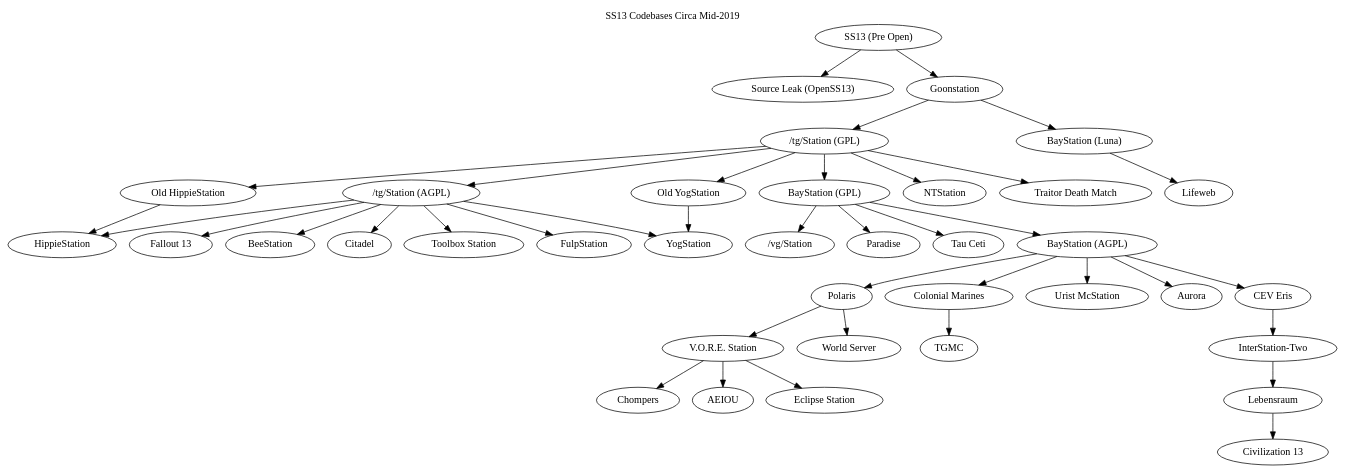
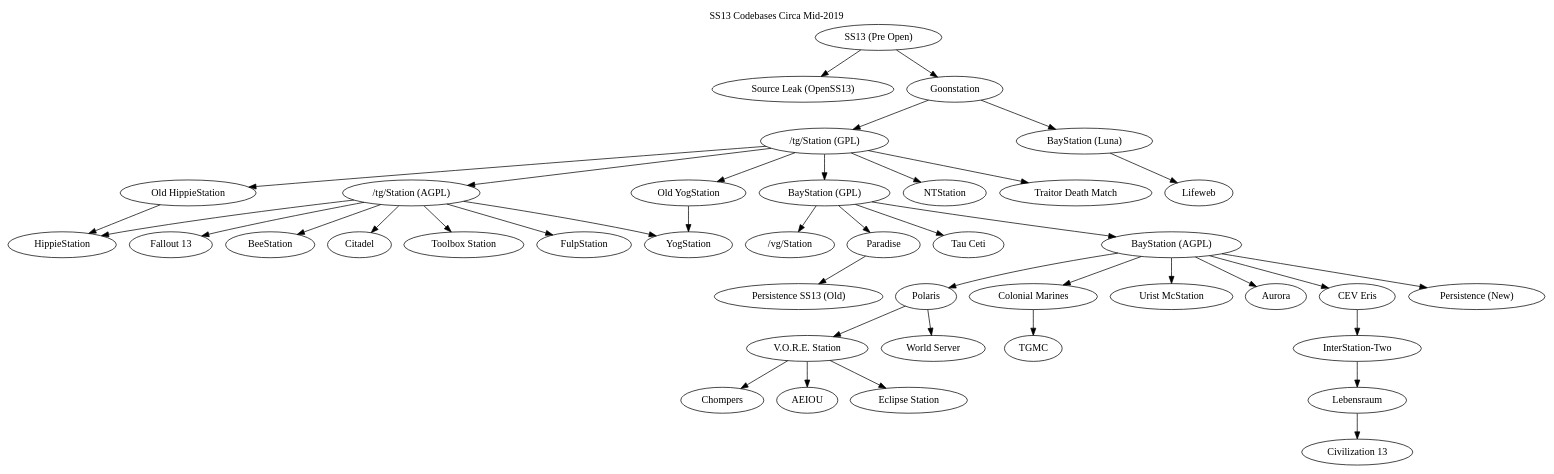
Before and after one commit to spacestation13/SS13-Codebases: the diagram in tree.dot, drawn with Graphviz. The commit also changed 2 other files, not shown here.

Commit message:
compile script and png; persistence

```diff
--- a/tree.dot
+++ b/tree.dot
@@ -1,42 +1,44 @@
 digraph  G {
 	label = "SS13 Codebases Circa Mid-2019"
 	labelloc="t"
 	"SS13 (Pre Open)" -> "Source Leak (OpenSS13)"
 	"SS13 (Pre Open)" -> "Goonstation"
 	"Goonstation" -> "/tg/Station (GPL)"
 	"Goonstation" -> "BayStation (Luna)"
 	"BayStation (Luna)" -> "Lifeweb" 
 	"/tg/Station (GPL)" -> "/tg/Station (AGPL)"
 	"/tg/Station (GPL)" -> "BayStation (GPL)" 
 	"/tg/Station (GPL)" -> "Old HippieStation"
 	"/tg/Station (GPL)" -> "Old YogStation"
 	"/tg/Station (GPL)" -> "NTStation"
 	"/tg/Station (GPL)" -> "Traitor Death Match"
 	"Old YogStation" -> "YogStation"
 	"Old HippieStation" -> "HippieStation"
 	"/tg/Station (AGPL)" -> "YogStation"
 	"/tg/Station (AGPL)" -> "Fallout 13"
 	"/tg/Station (AGPL)" -> "BeeStation"
 	"/tg/Station (AGPL)" -> "HippieStation"
 	"/tg/Station (AGPL)" -> "Citadel"
 	"/tg/Station (AGPL)" -> "Toolbox Station"
 	"/tg/Station (AGPL)" -> "FulpStation"
 	"BayStation (GPL)" -> "/vg/Station"
 	"BayStation (GPL)" -> "Paradise"
 	"BayStation (GPL)" -> "Tau Ceti"
 	"BayStation (GPL)" -> "BayStation (AGPL)"
+	"Paradise" -> "Persistence SS13 (Old)"
 	"BayStation (AGPL)" -> "Polaris"
 	"BayStation (AGPL)" -> "Colonial Marines"
 	"BayStation (AGPL)" -> "Urist McStation"
 	"BayStation (AGPL)" -> "Aurora"
 	"BayStation (AGPL)" -> "CEV Eris"
+	"BayStation (AGPL)" -> "Persistence (New)"
 	"CEV Eris" -> "InterStation-Two"
 	"InterStation-Two" -> "Lebensraum"
 	"Lebensraum" -> "Civilization 13"
 	"Colonial Marines" -> "TGMC"
 	"Polaris" -> "V.O.R.E. Station"
 	"Polaris" -> "World Server"
 	"V.O.R.E. Station" -> "Chompers"
 	"V.O.R.E. Station" -> "AEIOU"
 	"V.O.R.E. Station" -> "Eclipse Station" 
 }
```
